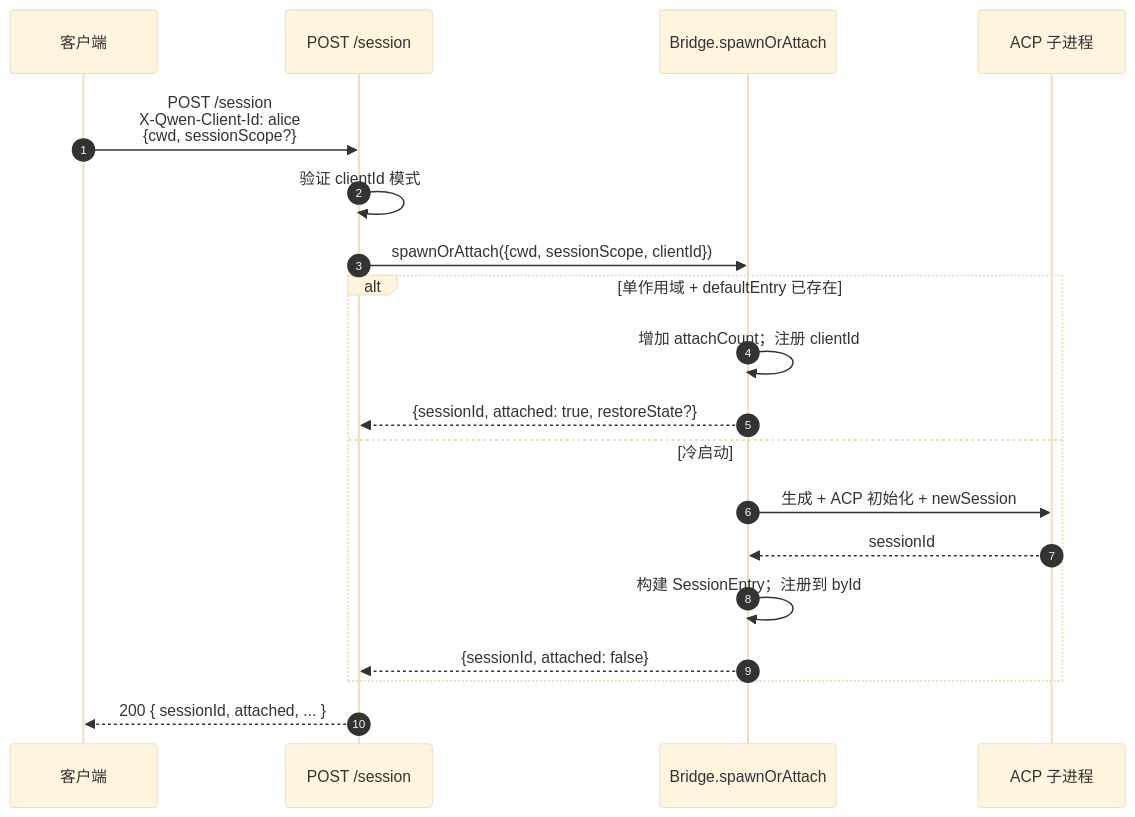
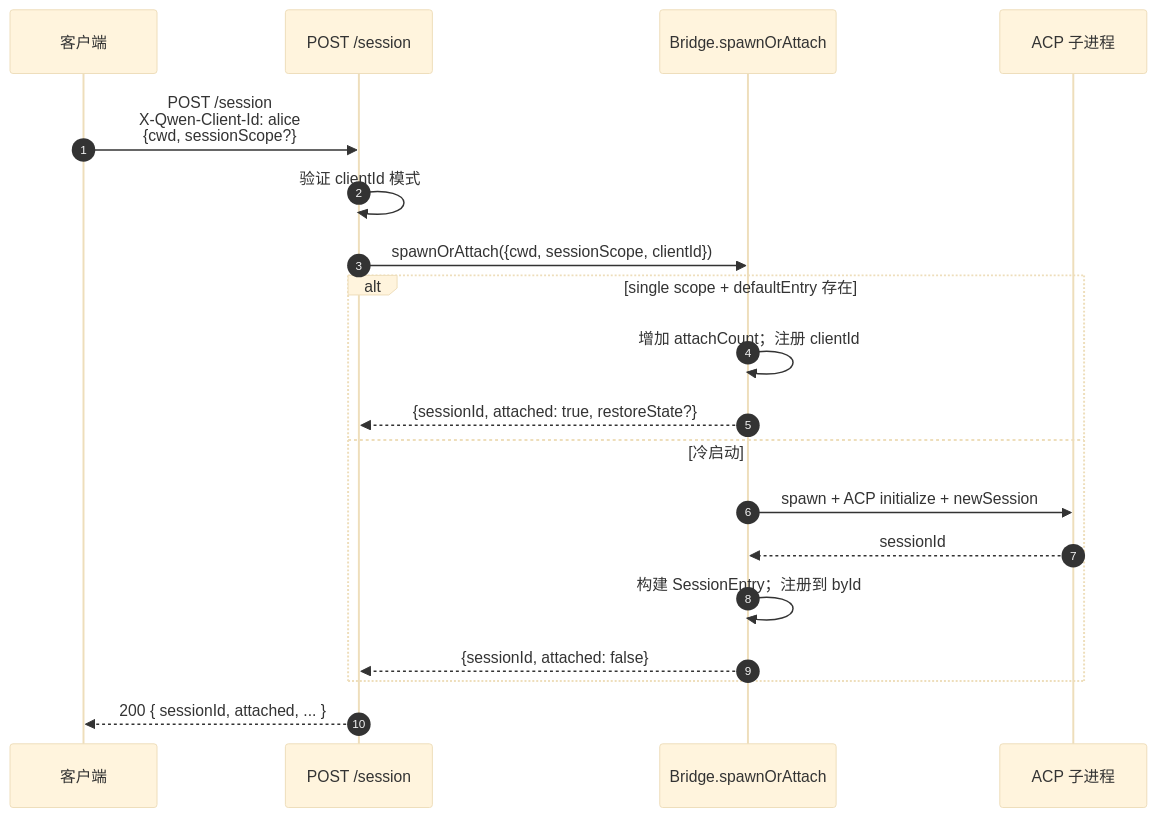
The second of 2 diagrams in website/content/zh/developers/daemon/08-session-lifecycle.md (QwenLM/qwen-code-docs), drawn with Mermaid (base theme) before and after one commit. The commit also changed other lines of this file and 128 other files, not shown here.

````diff
--- a/website/content/zh/developers/daemon/08-session-lifecycle.md
+++ b/website/content/zh/developers/daemon/08-session-lifecycle.md
@@ -78,22 +78,22 @@
 ```mermaid
 sequenceDiagram
     autonumber
     participant C as 客户端
     participant R as POST /session
     participant B as Bridge.spawnOrAttach
     participant CH as ACP 子进程
 
     C->>R: POST /session<br/>X-Qwen-Client-Id: alice<br/>{cwd, sessionScope?}
     R->>R: 验证 clientId 模式
     R->>B: spawnOrAttach({cwd, sessionScope, clientId})
-    alt 单作用域 + defaultEntry 已存在
+    alt single scope + defaultEntry 存在
         B->>B: 增加 attachCount；注册 clientId
         B-->>R: {sessionId, attached: true, restoreState?}
     else 冷启动
-        B->>CH: 生成 + ACP 初始化 + newSession
+        B->>CH: spawn + ACP initialize + newSession
         CH-->>B: sessionId
         B->>B: 构建 SessionEntry；注册到 byId
         B-->>R: {sessionId, attached: false}
     end
     R-->>C: 200 { sessionId, attached, ... }
 ```
````
